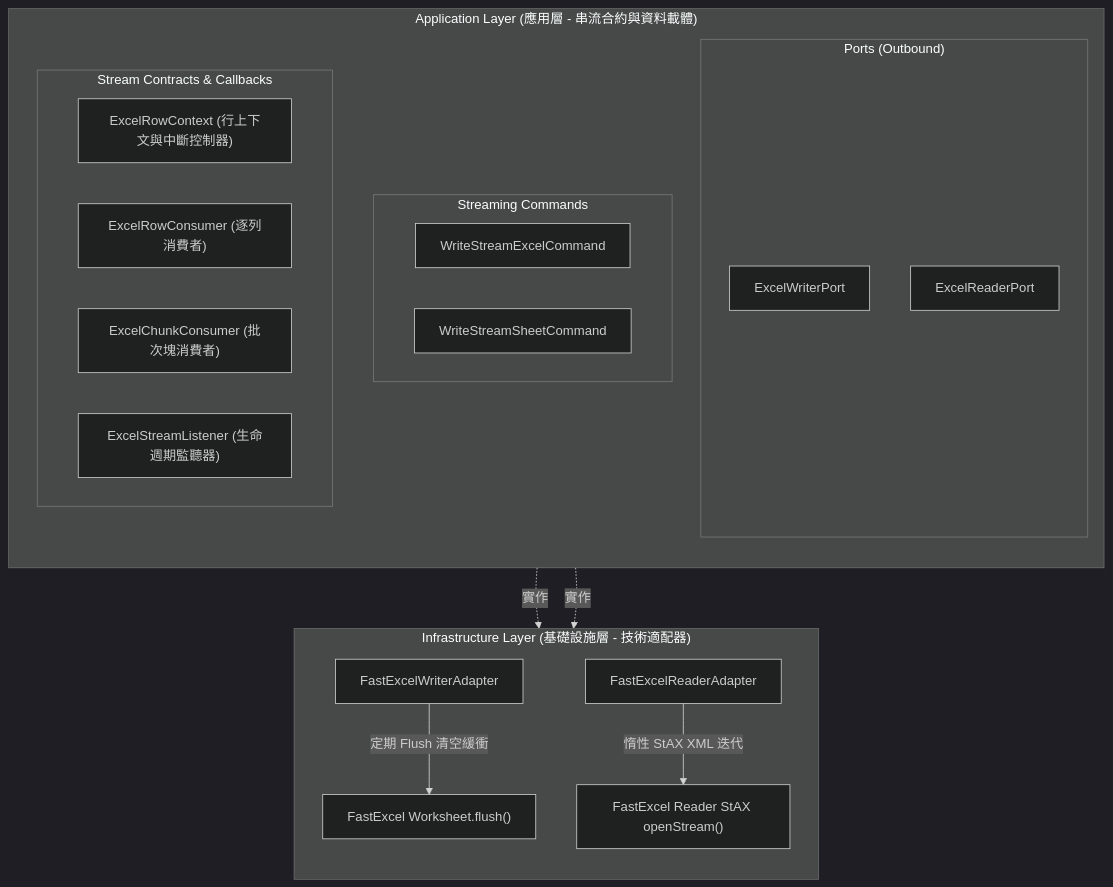
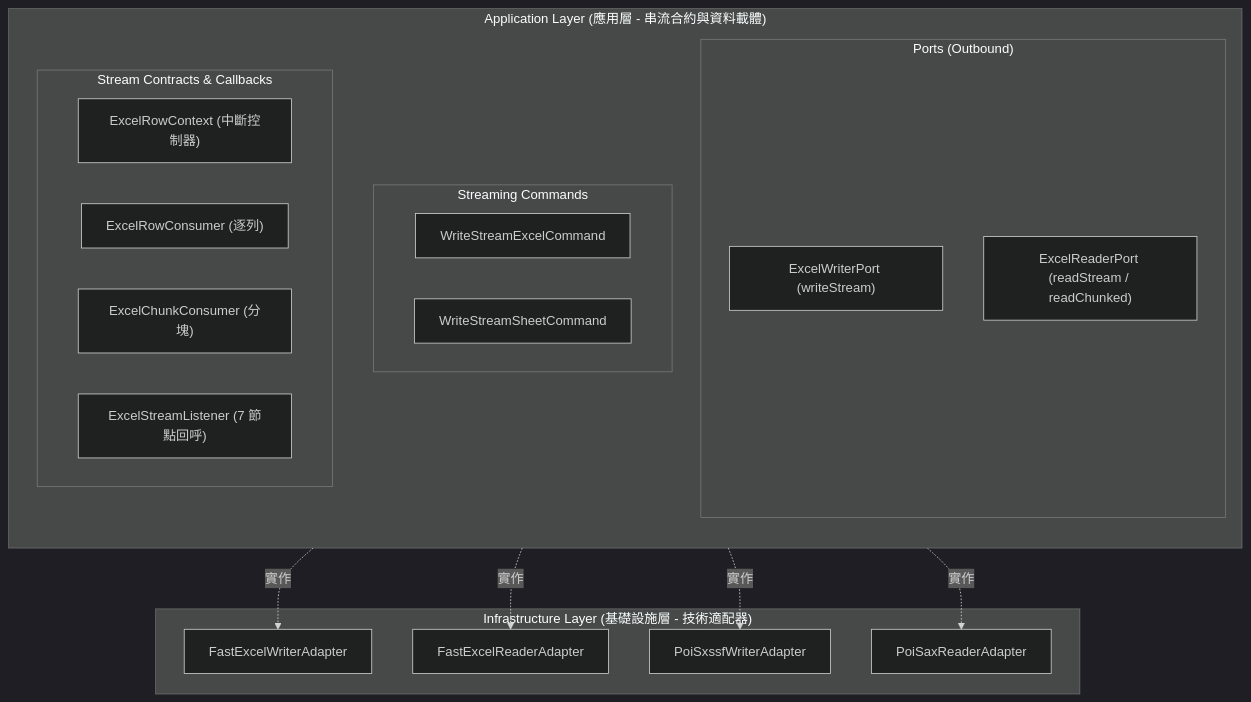
The first of 2 diagrams in doc/design/streaming-processing.md (nick54785478/excel-module), drawn with Mermaid (dark theme) before and after one commit. The commit also changed other lines of this file and 93 other files, not shown here.

````diff
--- a/doc/design/streaming-processing.md
+++ b/doc/design/streaming-processing.md
@@ -25,33 +18,32 @@
 ```mermaid
 flowchart TD
     subgraph Application_Layer ["Application Layer (應用層 - 串流合約與資料載體)"]
         direction TB
         subgraph Ports ["Ports (Outbound)"]
-            EWP["ExcelWriterPort"]
-            ERP["ExcelReaderPort"]
+            EWP["ExcelWriterPort (writeStream)"]
+            ERP["ExcelReaderPort (readStream / readChunked)"]
         end
         subgraph Commands ["Streaming Commands"]
             WSEC["WriteStreamExcelCommand"]
             WSSC["WriteStreamSheetCommand"]
         end
         subgraph Stream_Contracts ["Stream Contracts & Callbacks"]
-            ERCtx["ExcelRowContext (行上下文與中斷控制器)"]
-            ERC["ExcelRowConsumer (逐列消費者)"]
-            ECC["ExcelChunkConsumer (批次塊消費者)"]
-            ESL["ExcelStreamListener (生命週期監聽器)"]
+            ERCtx["ExcelRowContext (中斷控制器)"]
+            ERC["ExcelRowConsumer (逐列)"]
+            ECC["ExcelChunkConsumer (分塊)"]
+            ESL["ExcelStreamListener (7 節點回呼)"]
         end
     end
 
     subgraph Infrastructure_Layer ["Infrastructure Layer (基礎設施層 - 技術適配器)"]
-        direction TB
         FEWA["FastExcelWriterAdapter"]
         FERA["FastExcelReaderAdapter"]
-        FastExcelOut["FastExcel Worksheet.flush()"]
-        FastExcelIn["FastExcel Reader StAX openStream()"]
+        POIW["PoiSxssfWriterAdapter"]
+        POIR["PoiSaxReaderAdapter"]
     end
 
     EWP -.->|實作| FEWA
+    EWP -.->|實作| POIW
     ERP -.->|實作| FERA
-    FEWA -->|定期 Flush 清空緩衝| FastExcelOut
-    FERA -->|惰性 StAX XML 迭代| FastExcelIn
+    ERP -.->|實作| POIR
 ```
````
